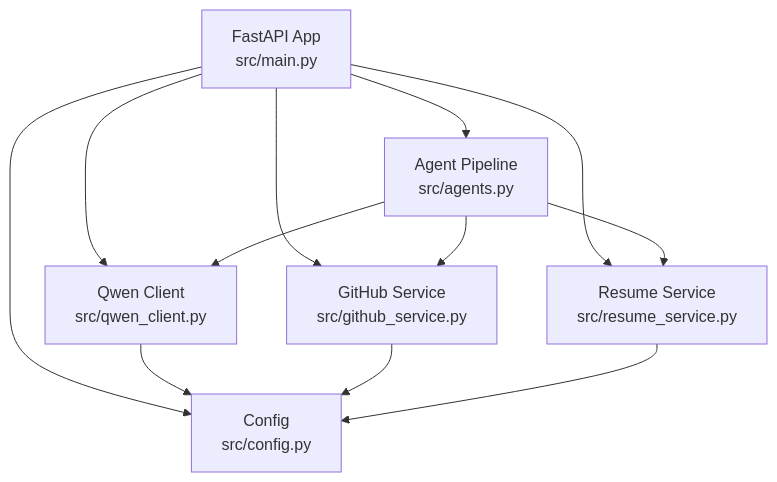
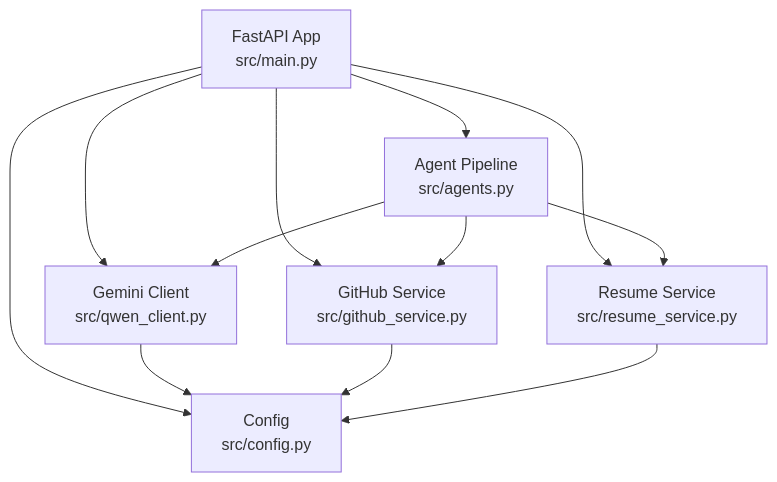
Before and after one commit to waqarimran342/CareerOS-AI: the first of 4 diagrams in .qoder/repowiki/en/content/Multi-Agent System/Multi-Agent System.md, drawn with Mermaid. The commit also changed other lines of this file and 32 other files, not shown here.

````diff
--- a/.qoder/repowiki/en/content/Multi-Agent System/Multi-Agent System.md
+++ b/.qoder/repowiki/en/content/Multi-Agent System/Multi-Agent System.md
@@ -47,14 +56,14 @@
 ```mermaid
 graph TB
 A["FastAPI App<br/>src/main.py"] --> B["Agent Pipeline<br/>src/agents.py"]
-A --> C["Qwen Client<br/>src/qwen_client.py"]
+A --> C["Gemini Client<br/>src/qwen_client.py"]
 A --> D["GitHub Service<br/>src/github_service.py"]
 A --> E["Resume Service<br/>src/resume_service.py"]
 A --> F["Config<br/>src/config.py"]
 B --> C
 B --> D
 B --> E
 C --> F
 D --> F
 E --> F
 ```
````
